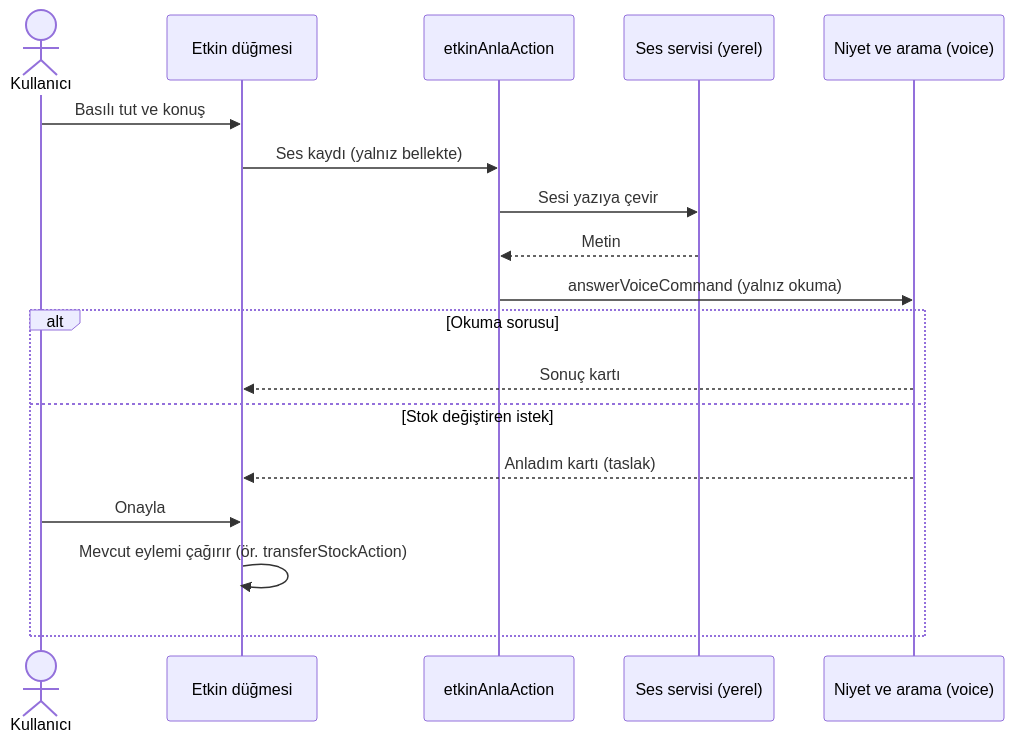
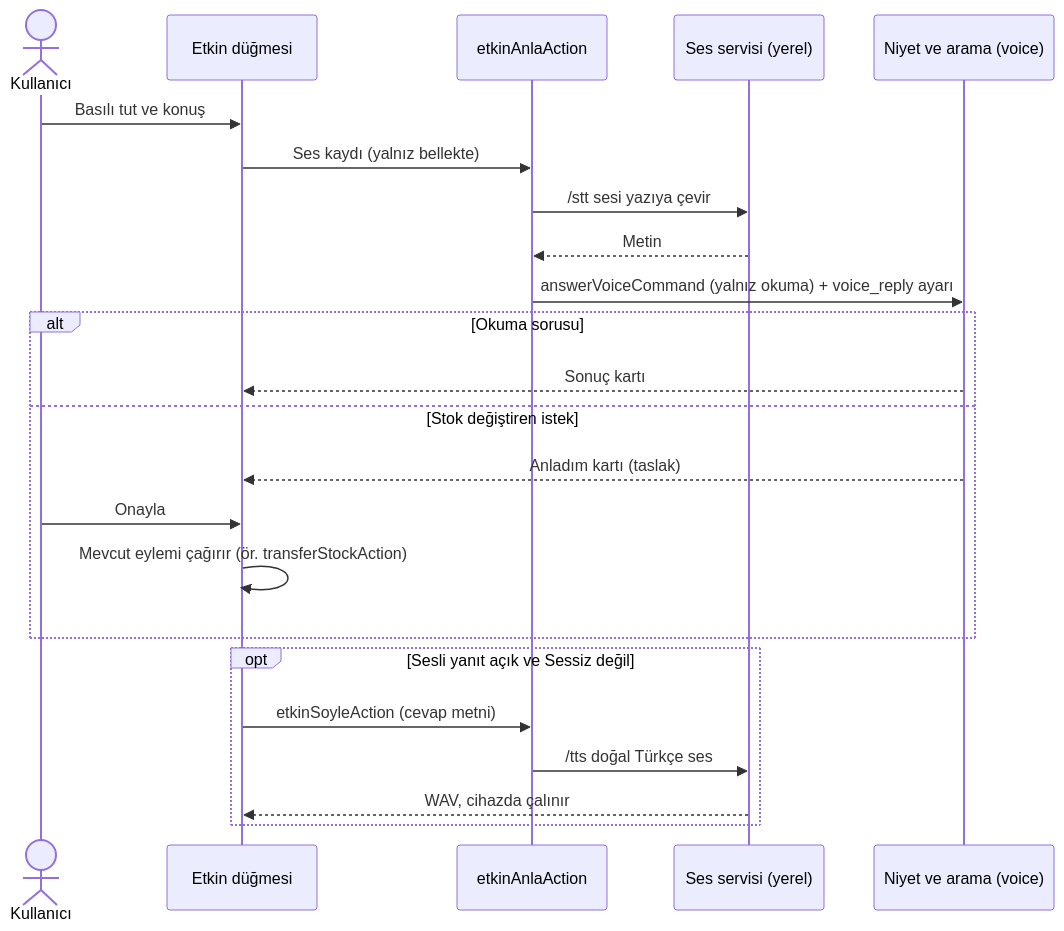
Before and after one commit to shosgoren/EtkinWMS: diagram 13 of 13 in docs/fonksiyonel-mimari/02c-depo-operasyonlari.md, drawn with Mermaid. The commit also changed other lines of this file and 10 other files, not shown here.

````diff
--- a/docs/fonksiyonel-mimari/02c-depo-operasyonlari.md
+++ b/docs/fonksiyonel-mimari/02c-depo-operasyonlari.md
@@ -593,20 +664,25 @@
 ```mermaid
 sequenceDiagram
   actor K as Kullanıcı
   participant E as Etkin düğmesi
   participant A as etkinAnlaAction
   participant V as Ses servisi (yerel)
   participant D as Niyet ve arama (voice)
   K->>E: Basılı tut ve konuş
   E->>A: Ses kaydı (yalnız bellekte)
-  A->>V: Sesi yazıya çevir
+  A->>V: /stt sesi yazıya çevir
   V-->>A: Metin
-  A->>D: answerVoiceCommand (yalnız okuma)
+  A->>D: answerVoiceCommand (yalnız okuma) + voice_reply ayarı
   alt Okuma sorusu
     D-->>E: Sonuç kartı
   else Stok değiştiren istek
     D-->>E: Anladım kartı (taslak)
     K->>E: Onayla
     E->>E: Mevcut eylemi çağırır (ör. transferStockAction)
   end
+  opt Sesli yanıt açık ve Sessiz değil
+    E->>A: etkinSoyleAction (cevap metni)
+    A->>V: /tts doğal Türkçe ses
+    V-->>E: WAV, cihazda çalınır
+  end
 ```
````
